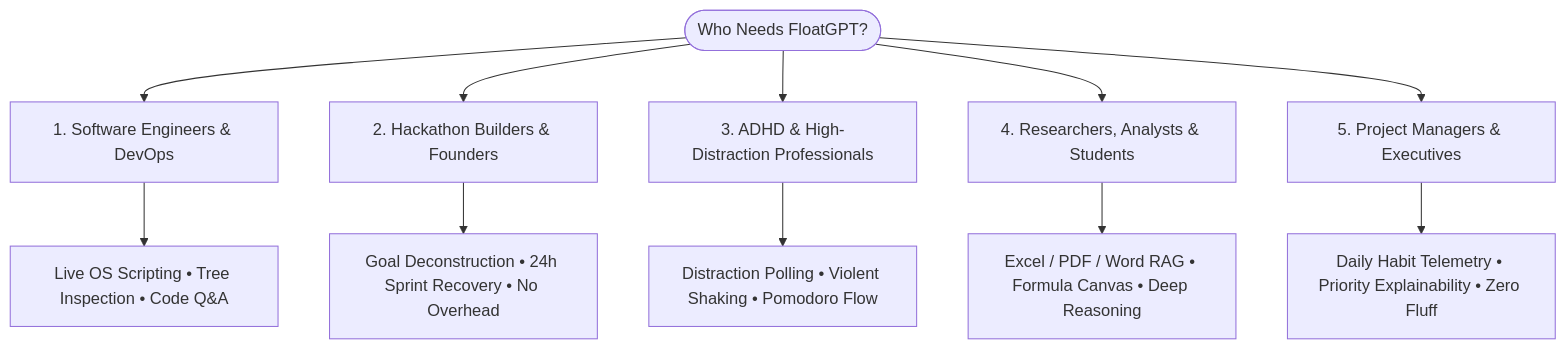
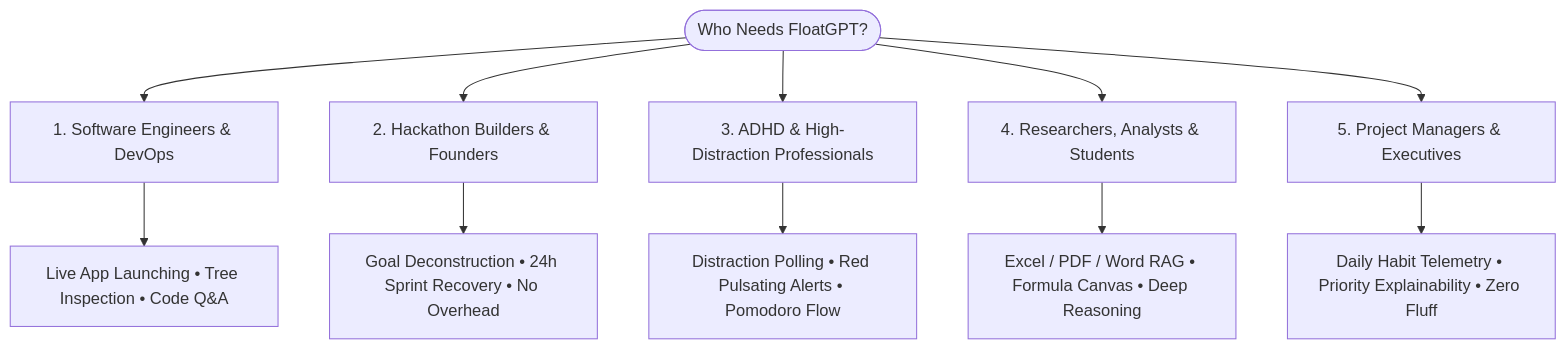
Before and after one commit to Maayank18/FloatGPT: the diagram in FEATURE.md, drawn with Mermaid. The commit also changed other lines of this file and 28 other files, not shown here.

````diff
--- a/FEATURE.md
+++ b/FEATURE.md
@@ -44,14 +45,14 @@
 ```mermaid
 graph TD
     User([Who Needs FloatGPT?]) --> Dev[1. Software Engineers & DevOps]
     User --> Founder[2. Hackathon Builders & Founders]
     User --> Focus[3. ADHD & High-Distraction Professionals]
     User --> Academic[4. Researchers, Analysts & Students]
     User --> Exec[5. Project Managers & Executives]
 
-    Dev --> Dev1[Live OS Scripting • Tree Inspection • Code Q&A]
+    Dev --> Dev1[Live App Launching • Tree Inspection • Code Q&A]
     Founder --> Founder1[Goal Deconstruction • 24h Sprint Recovery • No Overhead]
-    Focus --> Focus1[Distraction Polling • Violent Shaking • Pomodoro Flow]
+    Focus --> Focus1[Distraction Polling • Red Pulsating Alerts • Pomodoro Flow]
     Academic --> Academic1[Excel / PDF / Word RAG • Formula Canvas • Deep Reasoning]
     Exec --> Exec1[Daily Habit Telemetry • Priority Explainability • Zero Fluff]
 ```
````
